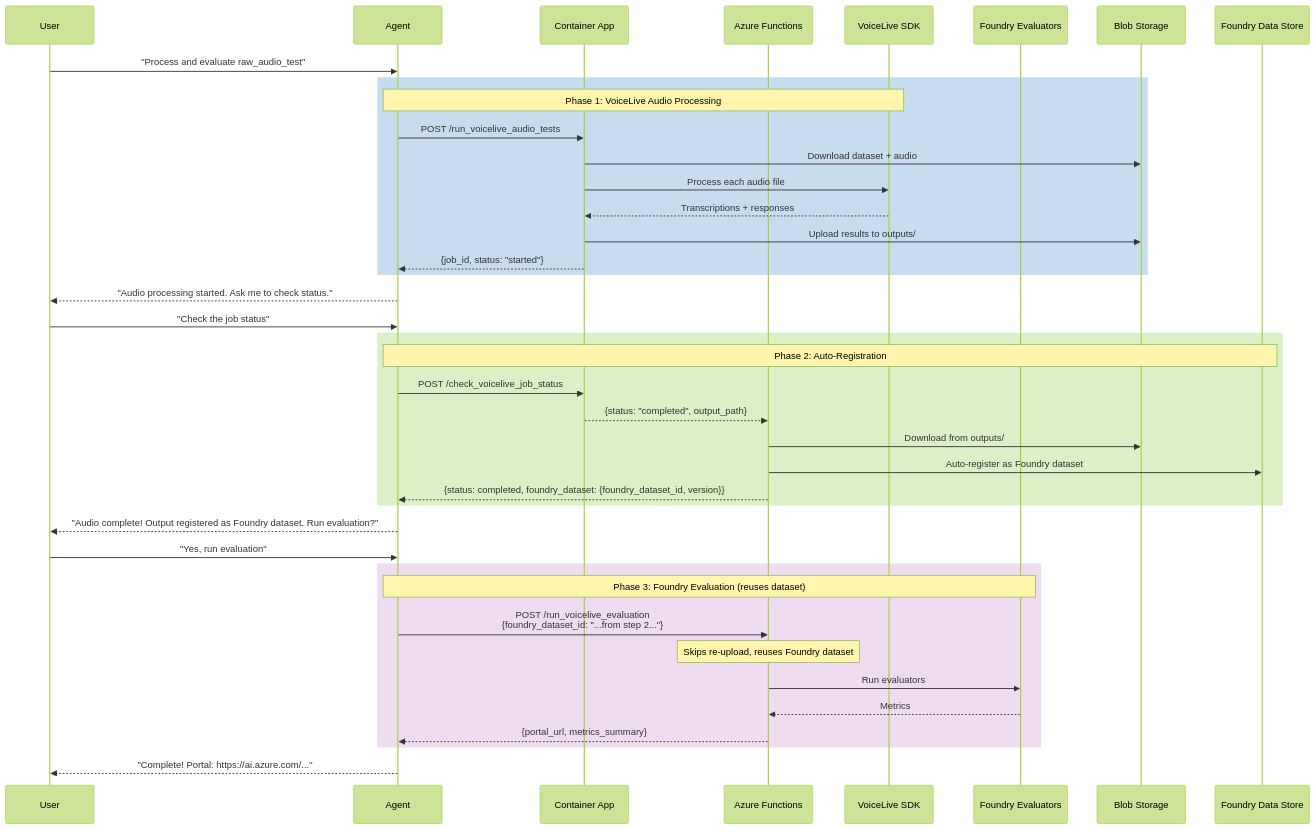
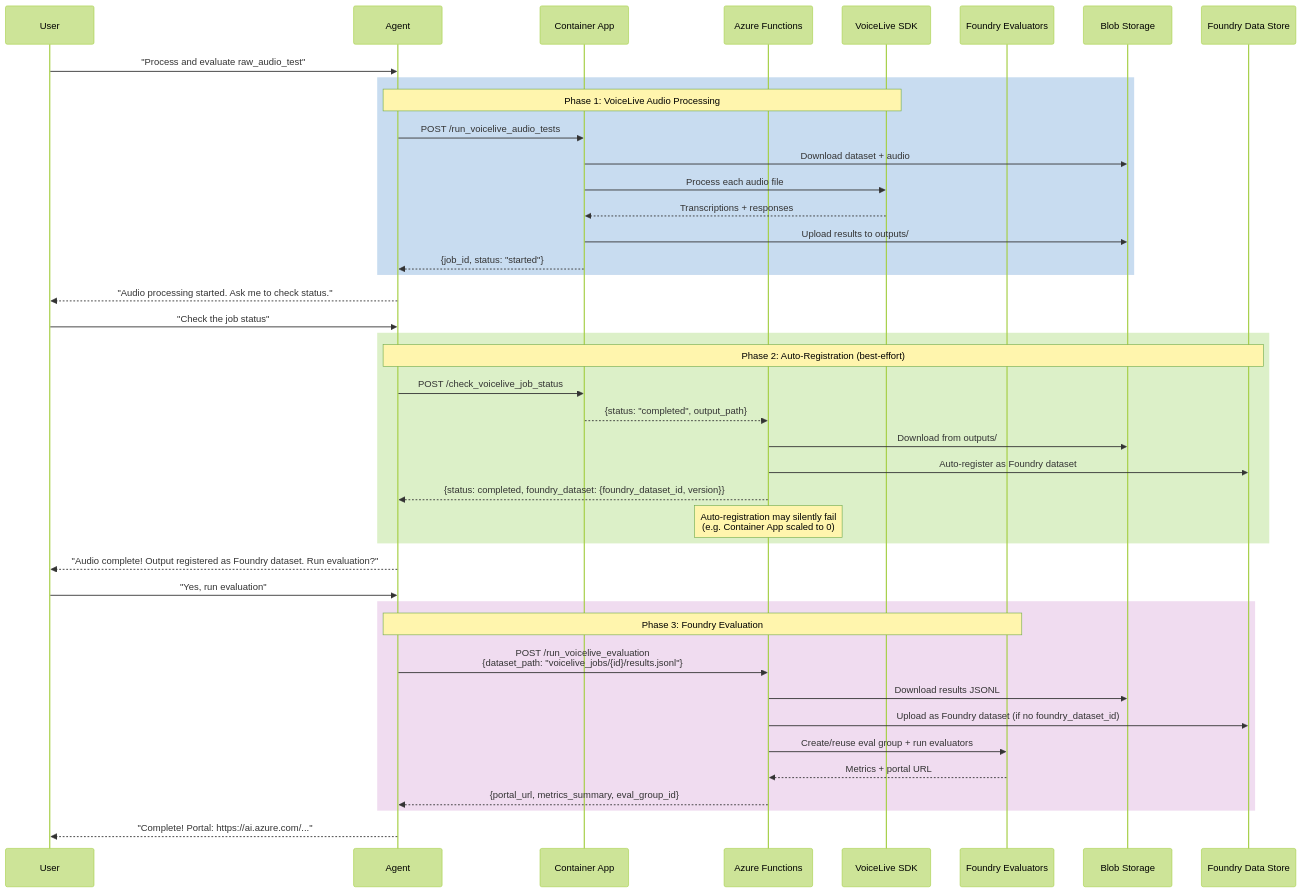
Diagram 15 of 18 in evaluation_agent/ARCHITECTURE.md (microsoft-foundry/voicelive-evaluation), drawn with Mermaid (forest theme) before and after one commit. The commit also changed other lines of this file and 2 other files, not shown here.

First line of the commit message:
docs: Fix pipeline flow documentation and add eval group bug to known issues

````diff
--- a/evaluation_agent/ARCHITECTURE.md
+++ b/evaluation_agent/ARCHITECTURE.md
@@ -870,49 +870,51 @@
 ```mermaid
 sequenceDiagram
     participant User
     participant Agent
     participant CA as Container App
     participant Functions as Azure Functions
     participant VL as VoiceLive SDK
     participant Foundry as Foundry Evaluators
     participant Blob as Blob Storage
     participant FD as Foundry Data Store
     
     User->>Agent: "Process and evaluate raw_audio_test"
     
     rect rgb(200, 220, 240)
         Note over Agent,VL: Phase 1: VoiceLive Audio Processing
         Agent->>CA: POST /run_voicelive_audio_tests
         CA->>Blob: Download dataset + audio
         CA->>VL: Process each audio file
         VL-->>CA: Transcriptions + responses
         CA->>Blob: Upload results to outputs/
         CA-->>Agent: {job_id, status: "started"}
     end
     
     Agent-->>User: "Audio processing started. Ask me to check status."
     User->>Agent: "Check the job status"
     
     rect rgb(220, 240, 200)
-        Note over Agent,FD: Phase 2: Auto-Registration
+        Note over Agent,FD: Phase 2: Auto-Registration (best-effort)
         Agent->>CA: POST /check_voicelive_job_status
         CA-->>Functions: {status: "completed", output_path}
         Functions->>Blob: Download from outputs/
         Functions->>FD: Auto-register as Foundry dataset
         Functions-->>Agent: {status: completed, foundry_dataset: {foundry_dataset_id, version}}
+        Note over Functions: Auto-registration may silently fail<br/>(e.g. Container App scaled to 0)
     end
     
     Agent-->>User: "Audio complete! Output registered as Foundry dataset. Run evaluation?"
     User->>Agent: "Yes, run evaluation"
     
     rect rgb(240, 220, 240)
-        Note over Agent,Foundry: Phase 3: Foundry Evaluation (reuses dataset)
-        Agent->>Functions: POST /run_voicelive_evaluation<br/>{foundry_dataset_id: "...from step 2..."}
-        Note over Functions: Skips re-upload, reuses Foundry dataset
-        Functions->>Foundry: Run evaluators
-        Foundry-->>Functions: Metrics
-        Functions-->>Agent: {portal_url, metrics_summary}
+        Note over Agent,Foundry: Phase 3: Foundry Evaluation
+        Agent->>Functions: POST /run_voicelive_evaluation<br/>{dataset_path: "voicelive_jobs/{id}/results.jsonl"}
+        Functions->>Blob: Download results JSONL
+        Functions->>FD: Upload as Foundry dataset (if no foundry_dataset_id)
+        Functions->>Foundry: Create/reuse eval group + run evaluators
+        Foundry-->>Functions: Metrics + portal URL
+        Functions-->>Agent: {portal_url, metrics_summary, eval_group_id}
     end
     
     Agent-->>User: "Complete! Portal: https://ai.azure.com/..."
 ```
````
